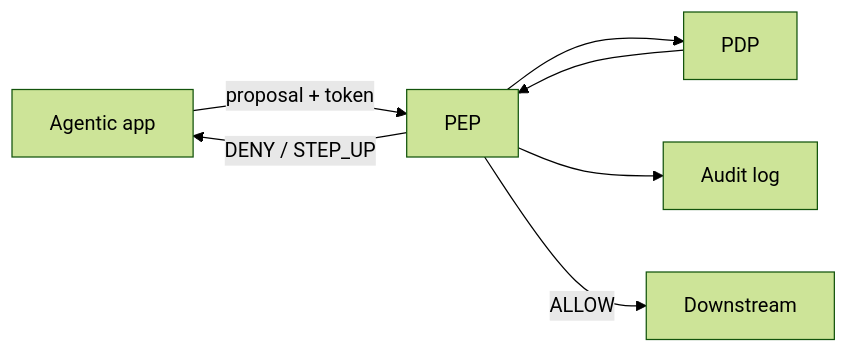
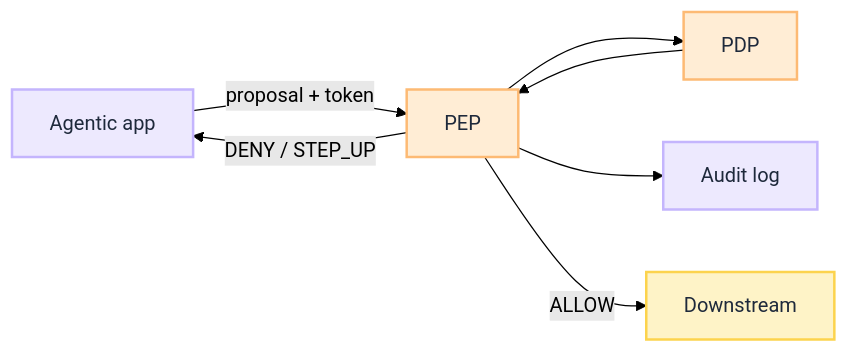
Before and after one commit to iamsharmajitender/gain: the diagram in docs/playbooks/governance/runtime/foundation/pep-enforcement.mdx, drawn with Mermaid (forest theme). The commit also changed other lines of this file and 74 other files, not shown here.

````diff
--- a/docs/playbooks/governance/runtime/foundation/pep-enforcement.mdx
+++ b/docs/playbooks/governance/runtime/foundation/pep-enforcement.mdx
@@ -33,9 +35,18 @@
 ```mermaid
 flowchart LR
     APP["Agentic app"] -->|"proposal + token"| PEP["PEP"]
     PEP --> PDP["PDP"]
     PDP --> PEP
     PEP --> AUD["Audit log"]
     PEP -->|"ALLOW"| DS["Downstream"]
     PEP -->|"DENY / STEP_UP"| APP
+
+    classDef process fill:#ede9fe,stroke:#c4b5fd,color:#1e293b,stroke-width:2px
+    classDef gate fill:#ffedd5,stroke:#fdba74,color:#1e293b,stroke-width:2px
+    classDef action fill:#fef3c7,stroke:#fcd34d,color:#1e293b,stroke-width:2px
+
+    class APP process
+    class PEP,PDP gate
+    class AUD process
+    class DS action
 ```
````
